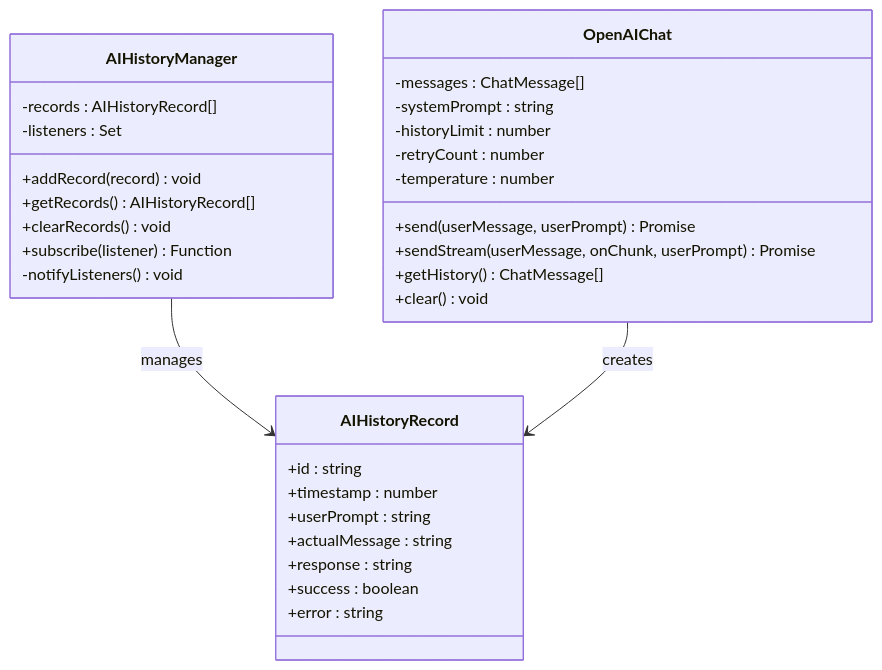
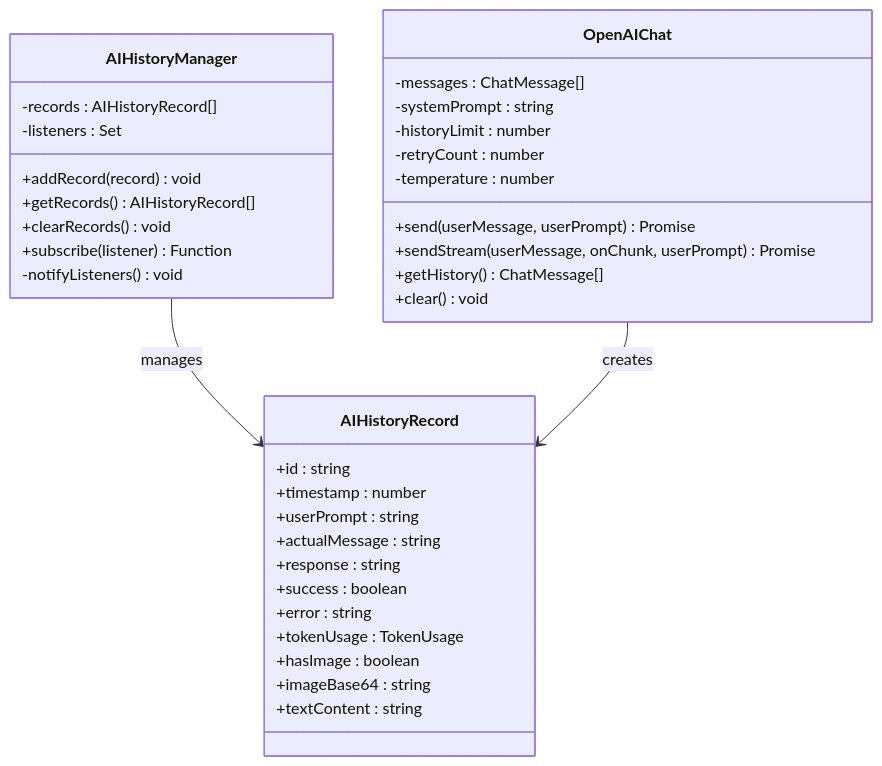
One commit to kqcoxn/MaaPipelineEditor changed the third of 10 diagrams in .qoder/repowiki/zh/content/AI辅助功能/AI历史记录管理.md. Above: the diagram before and after it, drawn with Mermaid. The commit also changed other lines of this file and 17 other files, not shown here.

````diff
--- a/.qoder/repowiki/zh/content/AI辅助功能/AI历史记录管理.md
+++ b/.qoder/repowiki/zh/content/AI辅助功能/AI历史记录管理.md
@@ -147,34 +183,38 @@
 ```mermaid
 classDiagram
 class AIHistoryManager {
 -records : AIHistoryRecord[]
 -listeners : Set<Function>
 +addRecord(record) void
 +getRecords() AIHistoryRecord[]
 +clearRecords() void
 +subscribe(listener) Function
 -notifyListeners() void
 }
 class AIHistoryRecord {
 +id : string
 +timestamp : number
 +userPrompt : string
 +actualMessage : string
 +response : string
 +success : boolean
 +error : string
++tokenUsage : TokenUsage
++hasImage : boolean
++imageBase64 : string
++textContent : string
 }
 class OpenAIChat {
 -messages : ChatMessage[]
 -systemPrompt : string
 -historyLimit : number
 -retryCount : number
 -temperature : number
 +send(userMessage, userPrompt) Promise
 +sendStream(userMessage, onChunk, userPrompt) Promise
 +getHistory() ChatMessage[]
 +clear() void
 }
 AIHistoryManager --> AIHistoryRecord : manages
 OpenAIChat --> AIHistoryRecord : creates
 ```
````
